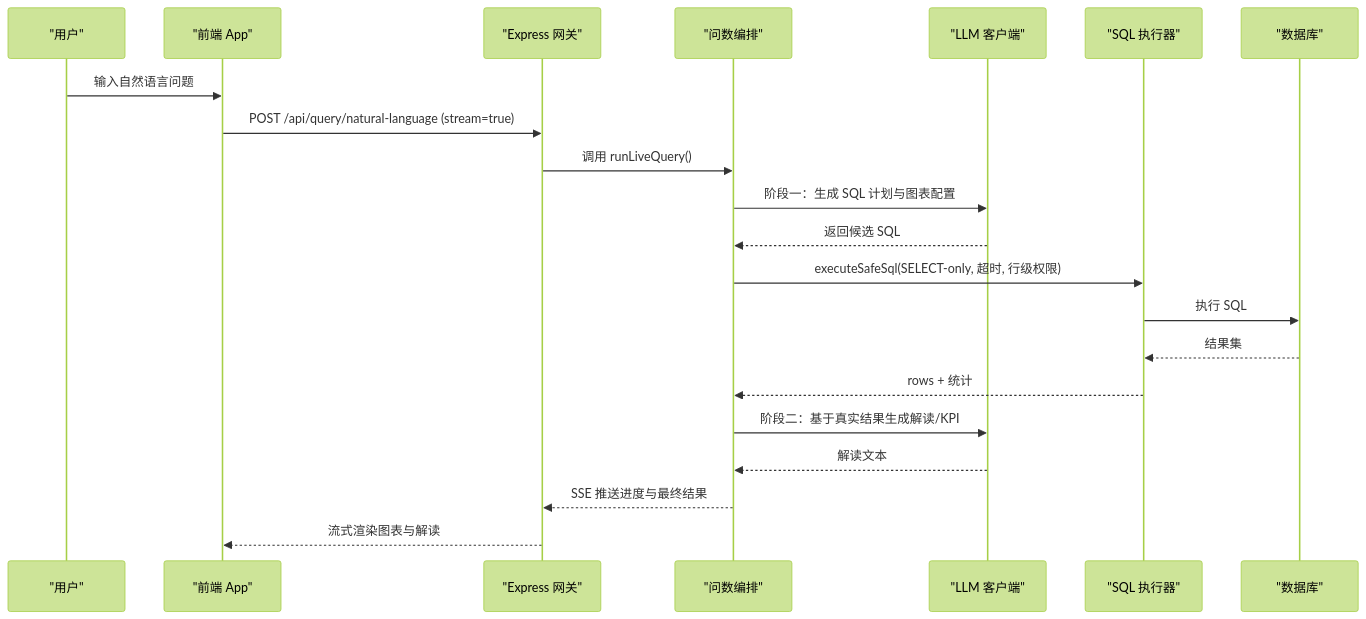
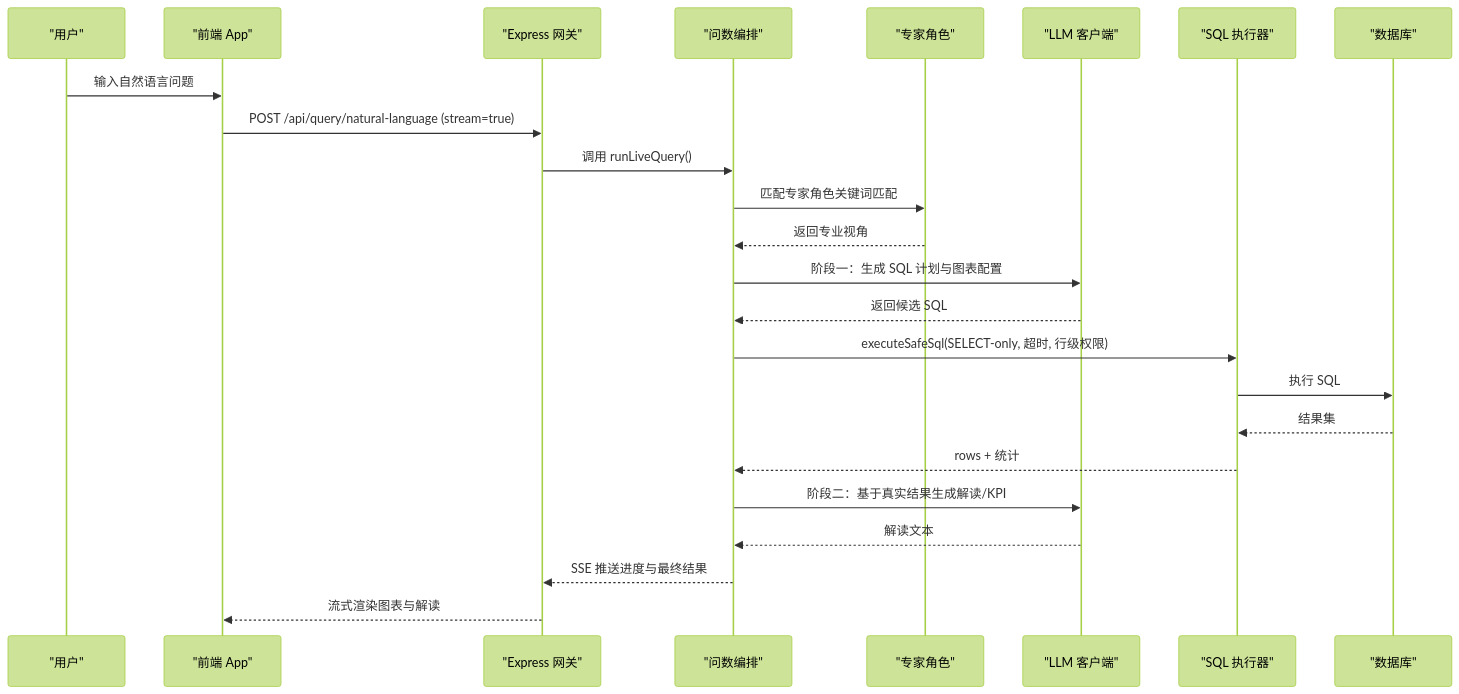
Before and after one commit to dgjin/smart-data-analytics: the second of 11 diagrams in .qoder/repowiki/zh/content/项目概述/项目概述.md, drawn with Mermaid (forest theme). The commit also changed other lines of this file and 100 other files, not shown here.

````diff
--- a/.qoder/repowiki/zh/content/项目概述/项目概述.md
+++ b/.qoder/repowiki/zh/content/项目概述/项目概述.md
@@ -112,23 +153,26 @@
 ```mermaid
 sequenceDiagram
 participant U as "用户"
 participant FE as "前端 App"
 participant API as "Express 网关"
 participant Q as "问数编排"
+participant EP as "专家角色"
 participant L as "LLM 客户端"
 participant E as "SQL 执行器"
 participant DB as "数据库"
 U->>FE : 输入自然语言问题
 FE->>API : POST /api/query/natural-language (stream=true)
 API->>Q : 调用 runLiveQuery()
+Q->>EP : 匹配专家角色关键词匹配
+EP-->>Q : 返回专业视角
 Q->>L : 阶段一：生成 SQL 计划与图表配置
 L-->>Q : 返回候选 SQL
 Q->>E : executeSafeSql(SELECT-only, 超时, 行级权限)
 E->>DB : 执行 SQL
 DB-->>E : 结果集
 E-->>Q : rows + 统计
 Q->>L : 阶段二：基于真实结果生成解读/KPI
 L-->>Q : 解读文本
 Q-->>API : SSE 推送进度与最终结果
 API-->>FE : 流式渲染图表与解读
 ```
````
